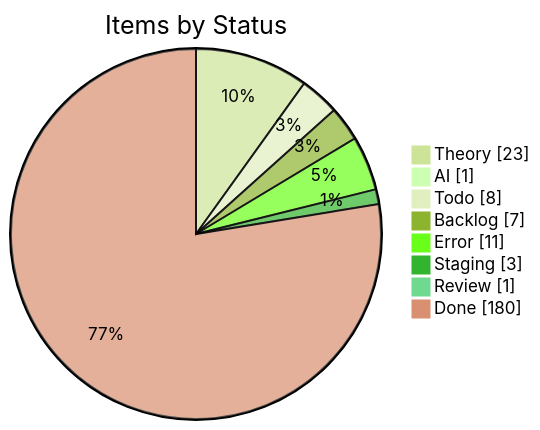
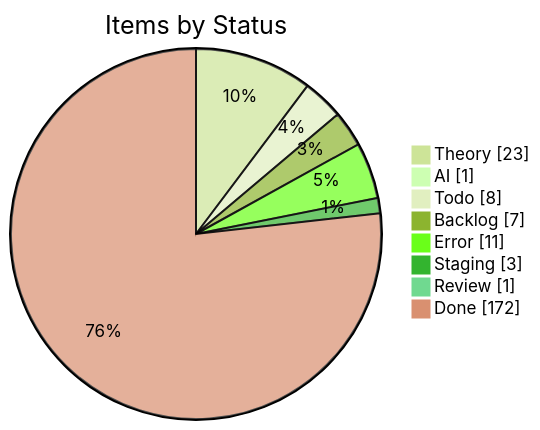
Before and after one commit to KBVE/kbve: the first of 4 diagrams in apps/kbve/astro-kbve/src/content/docs/dashboard/kanban-data.mdx, drawn with Mermaid (forest theme). The commit also changed other lines of this file and 8 other files, not shown here.

````diff
--- a/apps/kbve/astro-kbve/src/content/docs/dashboard/kanban-data.mdx
+++ b/apps/kbve/astro-kbve/src/content/docs/dashboard/kanban-data.mdx
@@ -55,12 +55,12 @@
 ```mermaid
 pie showData
     title Items by Status
     "Theory" : 23
     "AI" : 1
     "Todo" : 8
     "Backlog" : 7
     "Error" : 11
     "Staging" : 3
     "Review" : 1
-    "Done" : 180
+    "Done" : 172
 ```
````
